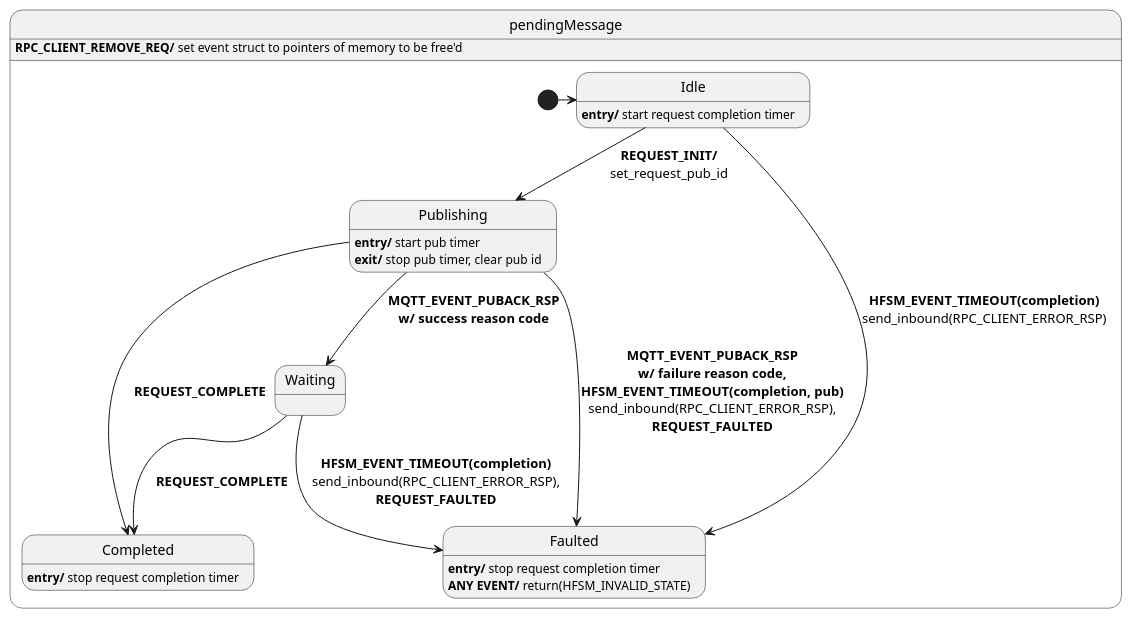
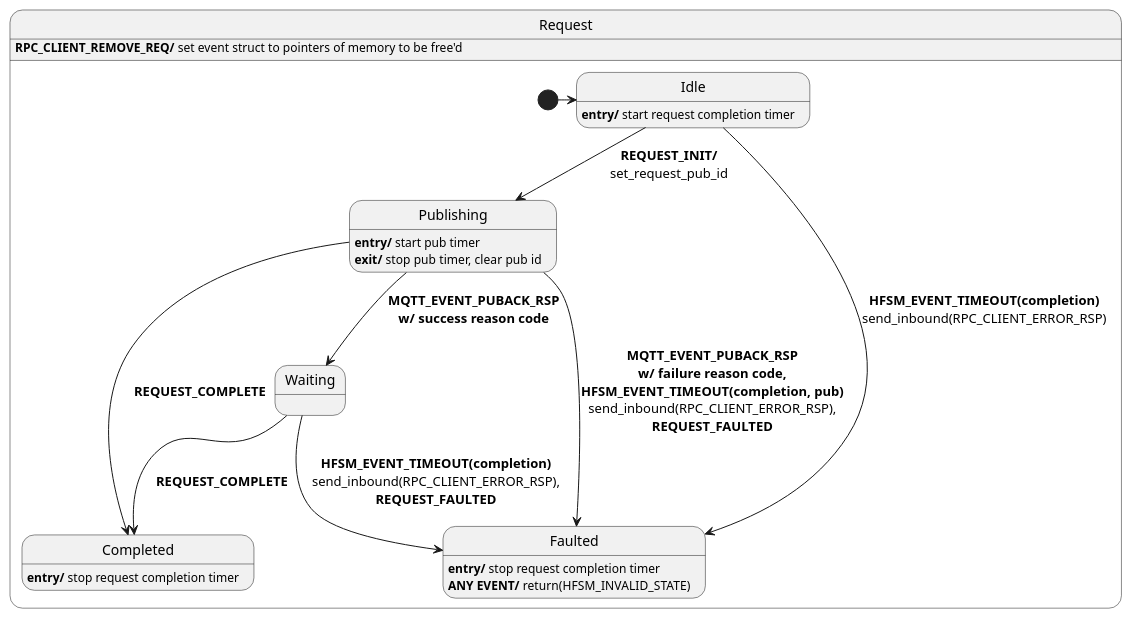
The diagram in sdk/docs/core/resources/mqtt_request.puml (Azure/azure-sdk-for-c), drawn with PlantUML before and after one commit. The commit also changed 8 other files, not shown here.

```diff
--- a/sdk/docs/core/resources/mqtt_request.puml
+++ b/sdk/docs/core/resources/mqtt_request.puml
@@ -1,36 +1,36 @@
 @startuml
 ' ignore these as handled outside of this diagram: MQTT_EVENT_CONNECT_REQ, MQTT_EVENT_CONNECT_RSP, MQTT_EVENT_DISCONNECT_REQ, MQTT_EVENT_DISCONNECT_RSP
 ' Assumptions:
 ' 0. Unknown events are forwarded (in their original direction, either inbound or outbound).
 ' 1. send_inbound, send_outbound are used to send information to the app and network respectively.
 ' 2. All events check that they are for this request or have the correct pub id before processing them.
 
 
-state pendingMessage {
+state Request {
   state Idle
   Idle: <b>entry/</b> start request completion timer
 
   state Publishing
   Publishing : <b>entry/</b> start pub timer
   Publishing : <b>exit/</b> stop pub timer, clear pub id
 
   state Waiting
   state Completed
   Completed : <b>entry/</b> stop request completion timer
   state Faulted
   Faulted : <b>entry/</b> stop request completion timer
   Faulted : <b>ANY EVENT/</b> return(HFSM_INVALID_STATE)
 
   [*] -> Idle
   Idle --> Publishing : <b>REQUEST_INIT/</b>\nset_request_pub_id
   Publishing --> Waiting : <b>MQTT_EVENT_PUBACK_RSP</b>\n<b>w/ success reason code</b>
   Publishing --> Completed : <b>REQUEST_COMPLETE</b>
   Publishing --> Faulted : <b>MQTT_EVENT_PUBACK_RSP</b>\n<b>w/ failure reason code,</b>\n<b>HFSM_EVENT_TIMEOUT(completion, pub)</b>\nsend_inbound(RPC_CLIENT_ERROR_RSP),\n<b>REQUEST_FAULTED</b>
   Waiting --> Completed : <b>REQUEST_COMPLETE</b>
   Waiting --> Faulted : <b>HFSM_EVENT_TIMEOUT(completion)</b>\nsend_inbound(RPC_CLIENT_ERROR_RSP),\n<b>REQUEST_FAULTED</b>
   Idle --> Faulted : <b>HFSM_EVENT_TIMEOUT(completion)</b>\nsend_inbound(RPC_CLIENT_ERROR_RSP)
 
 }
-pendingMessage : <b>RPC_CLIENT_REMOVE_REQ/</b> set event struct to pointers of memory to be free'd
+Request : <b>RPC_CLIENT_REMOVE_REQ/</b> set event struct to pointers of memory to be free'd
 
 @enduml
```
